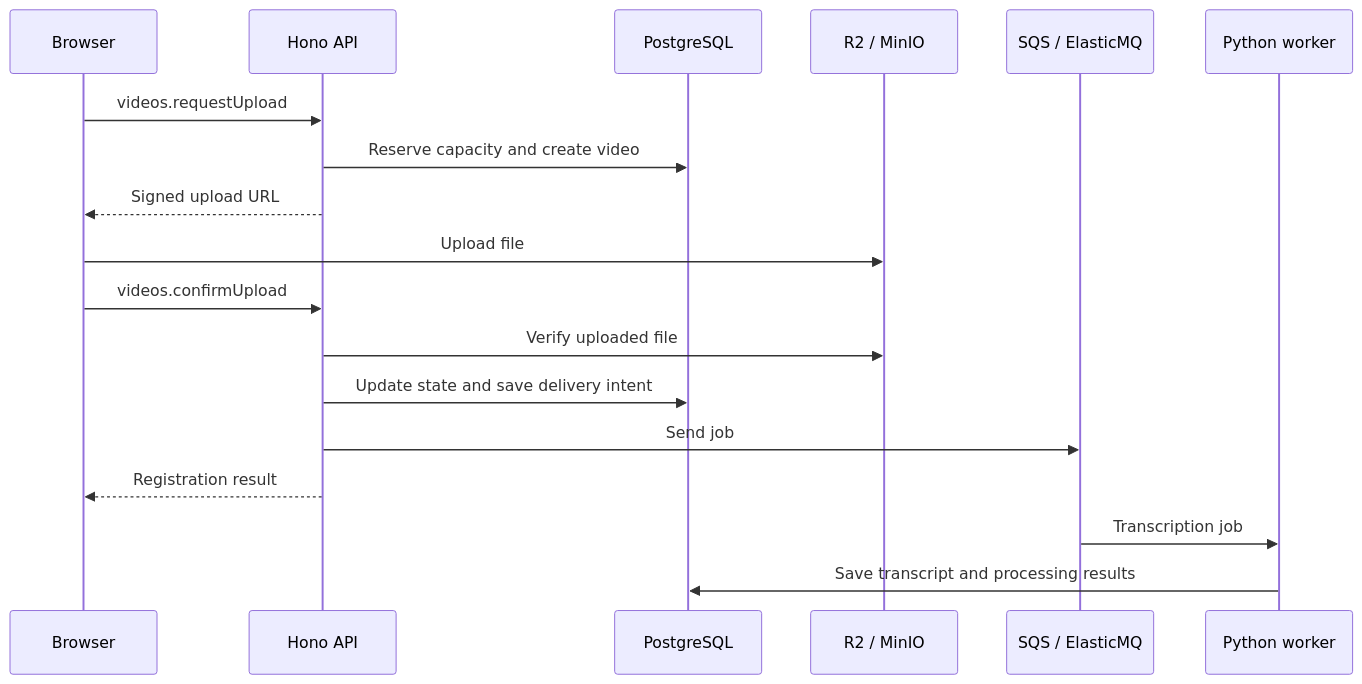
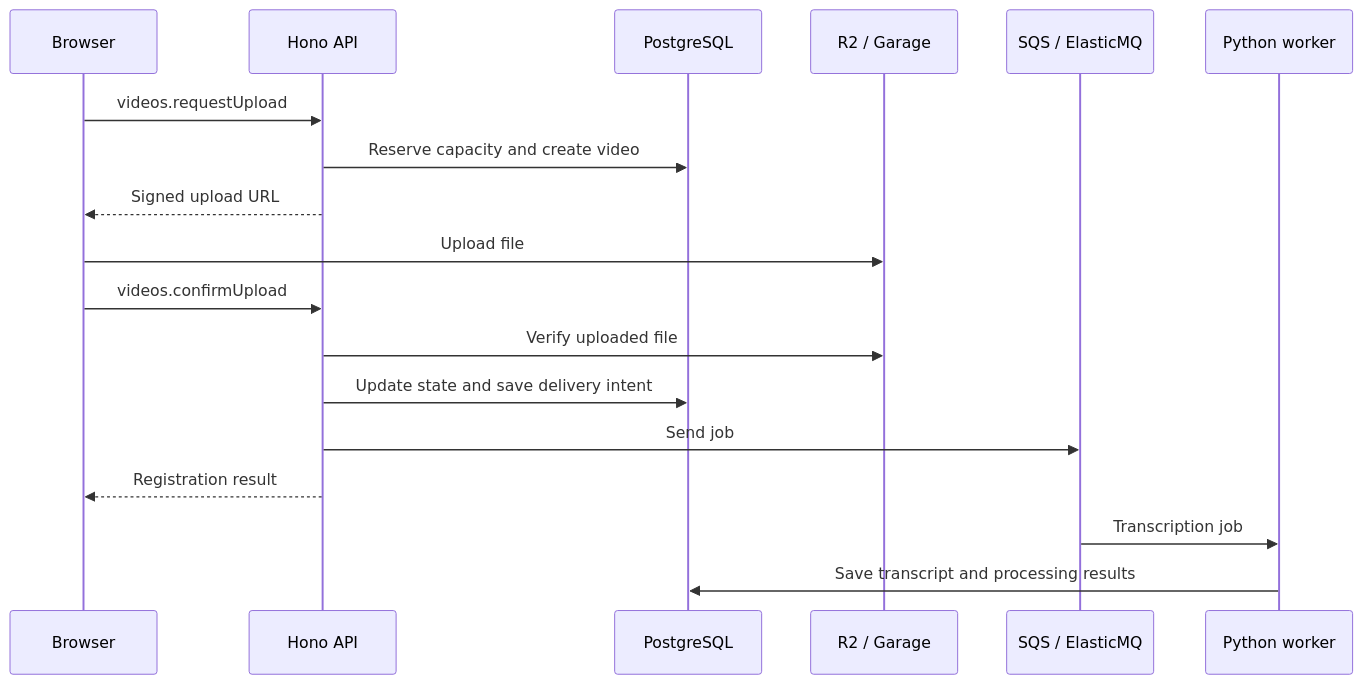
The first of 3 diagrams in docs/design/sequence-diagram.md (yukiharada1228/videoq), drawn with Mermaid before and after one commit. The commit also changed 30 other files, not shown here.

Commit message:
chore: replace local MinIO storage with Garage

````diff
--- a/docs/design/sequence-diagram.md
+++ b/docs/design/sequence-diagram.md
@@ -12,20 +12,20 @@
 ```mermaid
 sequenceDiagram
     participant User as Browser
     participant API as Hono API
     participant DB as PostgreSQL
-    participant Store as R2 / MinIO
+    participant Store as R2 / Garage
     participant Queue as SQS / ElasticMQ
     participant Worker as Python worker
     User->>API: videos.requestUpload
     API->>DB: Reserve capacity and create video
     API-->>User: Signed upload URL
     User->>Store: Upload file
     User->>API: videos.confirmUpload
     API->>Store: Verify uploaded file
     API->>DB: Update state and save delivery intent
     API->>Queue: Send job
     API-->>User: Registration result
     Queue->>Worker: Transcription job
     Worker->>DB: Save transcript and processing results
 ```
````
